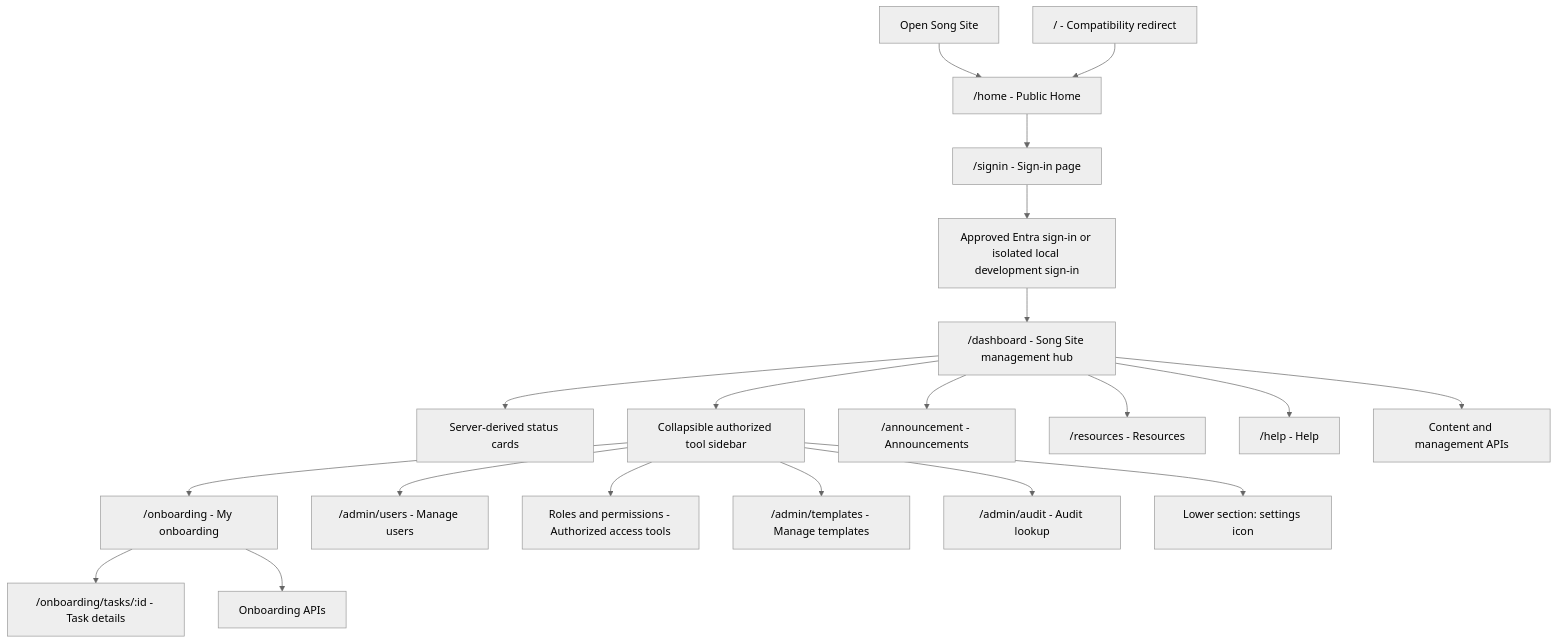
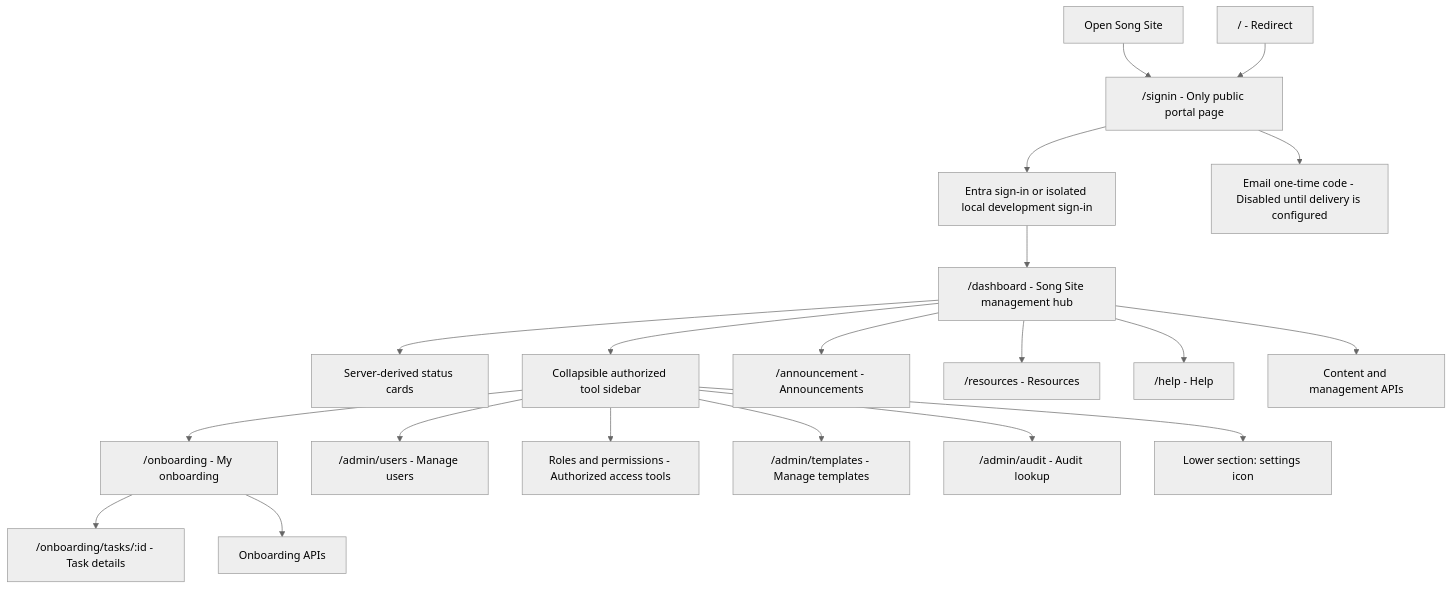
Before and after one commit to jestonibbaguio-max/song-site: the first of 2 diagrams in docs/navigation-flows.md, drawn with Mermaid (neutral theme). The commit also changed other lines of this file and 45 other files, not shown here.

First line of the commit message:
feat: Add presentation for Song Site demo and implement announcement editor tests

````diff
--- a/docs/navigation-flows.md
+++ b/docs/navigation-flows.md
@@ -9,23 +9,23 @@
 ```mermaid
 flowchart TD
-    START["Open Song Site"] --> HOME["/home - Public Home"]
-    ROOT["/ - Compatibility redirect"] --> HOME
-    HOME --> SIGNIN["/signin - Sign-in page"]
-    SIGNIN --> AUTH["Approved Entra sign-in or isolated local development sign-in"]
+    START["Open Song Site"] --> SIGNIN["/signin - Only public portal page"]
+    ROOT["/ - Redirect"] --> SIGNIN
+    SIGNIN --> AUTH["Entra sign-in or isolated local development sign-in"]
+    SIGNIN --> EMAIL["Email one-time code - Disabled until delivery is configured"]
     AUTH --> DASH["/dashboard - Song Site management hub"]
     DASH --> STATUS["Server-derived status cards"]
     DASH --> SIDEBAR["Collapsible authorized tool sidebar"]
     SIDEBAR --> ONBOARDING["/onboarding - My onboarding"]
     SIDEBAR --> USERS["/admin/users - Manage users"]
     SIDEBAR --> ACCESS["Roles and permissions - Authorized access tools"]
     SIDEBAR --> TEMPLATES["/admin/templates - Manage templates"]
     SIDEBAR --> AUDIT["/admin/audit - Audit lookup"]
     SIDEBAR --> SETTINGS["Lower section: settings icon"]
     DASH --> ANNOUNCEMENT["/announcement - Announcements"]
     DASH --> RESOURCES["/resources - Resources"]
     DASH --> HELP["/help - Help"]
 
     ONBOARDING --> TASKS["/onboarding/tasks/:id - Task details"]
     DASH --> CONTENT["Content and management APIs"]
     ONBOARDING --> API["Onboarding APIs"]
 ```
````
